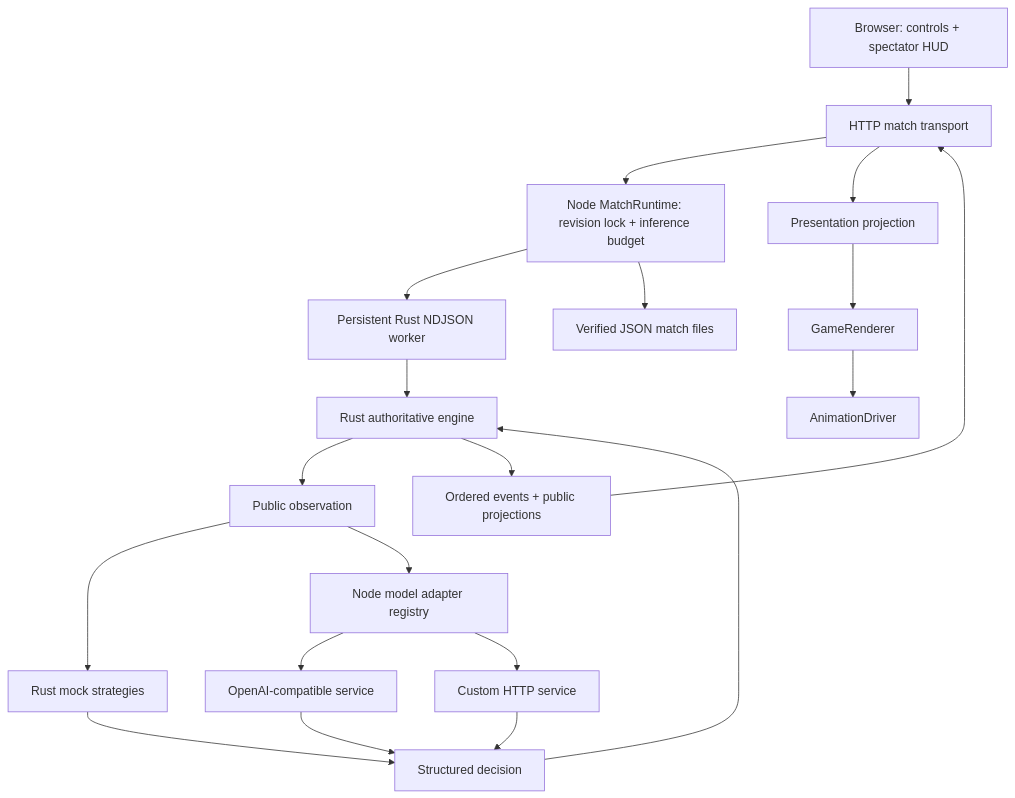
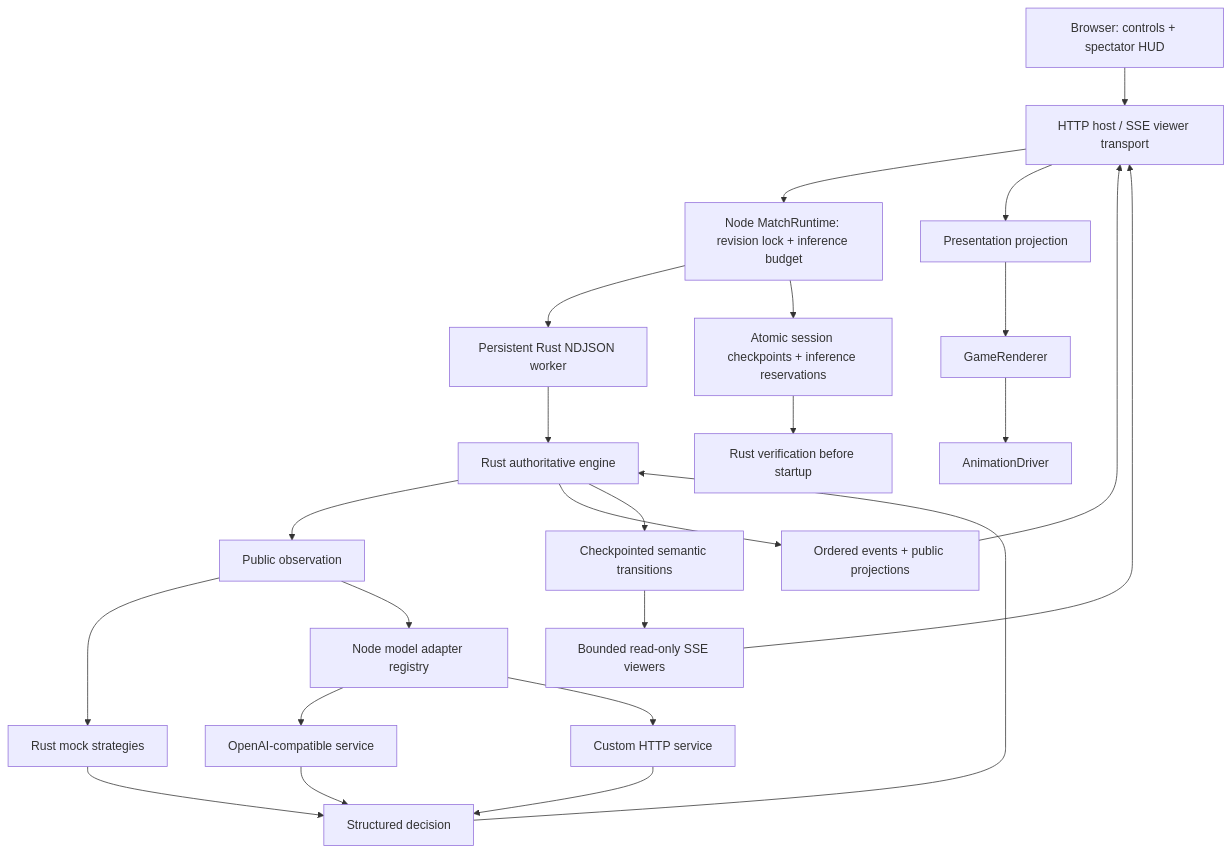
The first of 5 diagrams in docs/architecture-live.md (lewodro/autonomous-agent-economy), drawn with Mermaid before and after one commit. The commit also changed other lines of this file and 11 other files, not shown here.

````diff
--- a/docs/architecture-live.md
+++ b/docs/architecture-live.md
@@ -5,22 +5,26 @@
 ```mermaid
 flowchart TD
- Browser[Browser: controls + spectator HUD] --> Transport[HTTP match transport]
+ Browser[Browser: controls + spectator HUD] --> Transport[HTTP host / SSE viewer transport]
  Transport --> Runtime[Node MatchRuntime: revision lock + inference budget]
  Runtime --> Worker[Persistent Rust NDJSON worker]
  Worker --> Core[Rust authoritative engine]
  Core --> Observation[Public observation]
  Observation --> Strategy[Rust mock strategies]
  Observation --> Models[Node model adapter registry]
  Models --> Compatible[OpenAI-compatible service]
  Models --> Custom[Custom HTTP service]
  Strategy --> Decision[Structured decision]
  Compatible --> Decision
  Custom --> Decision
  Decision --> Core
  Core --> Semantic[Ordered events + public projections]
  Semantic --> Transport
  Transport --> State[Presentation projection]
  State --> Renderer[GameRenderer]
  Renderer --> Animation[AnimationDriver]
- Runtime --> Storage[Verified JSON match files]
+ Runtime --> Storage[Atomic session checkpoints + inference reservations]
+ Storage --> Recovery[Rust verification before startup]
+ Core --> Live[Checkpointed semantic transitions]
+ Live --> SSE[Bounded read-only SSE viewers]
+ SSE --> Transport
 ```
````
